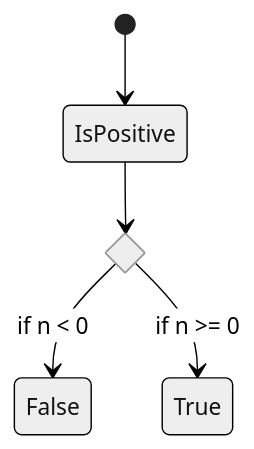
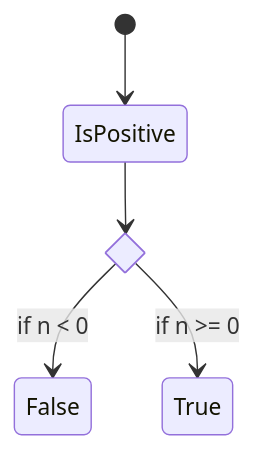
The second of 6 diagrams in erd_example.md (Kuziomkin/diagrams), drawn with Mermaid before and after one commit.

````diff
--- a/erd_example.md
+++ b/erd_example.md
@@ -17,14 +17,14 @@
 ```mermaid
 ---
 config:
   layout: dagre
   look: classic
-  theme: neutral
+  theme: null
 ---
     stateDiagram-v2
         state if_state <<choice>>
         [*] --> IsPositive
         IsPositive --> if_state
         if_state --> False: if n < 0
         if_state --> True : if n >= 0
 ```
````
